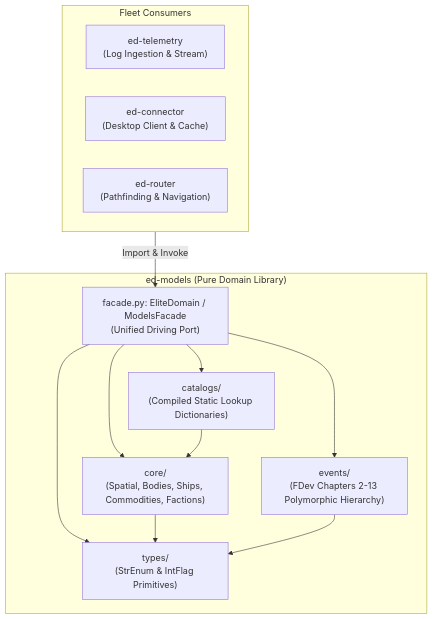
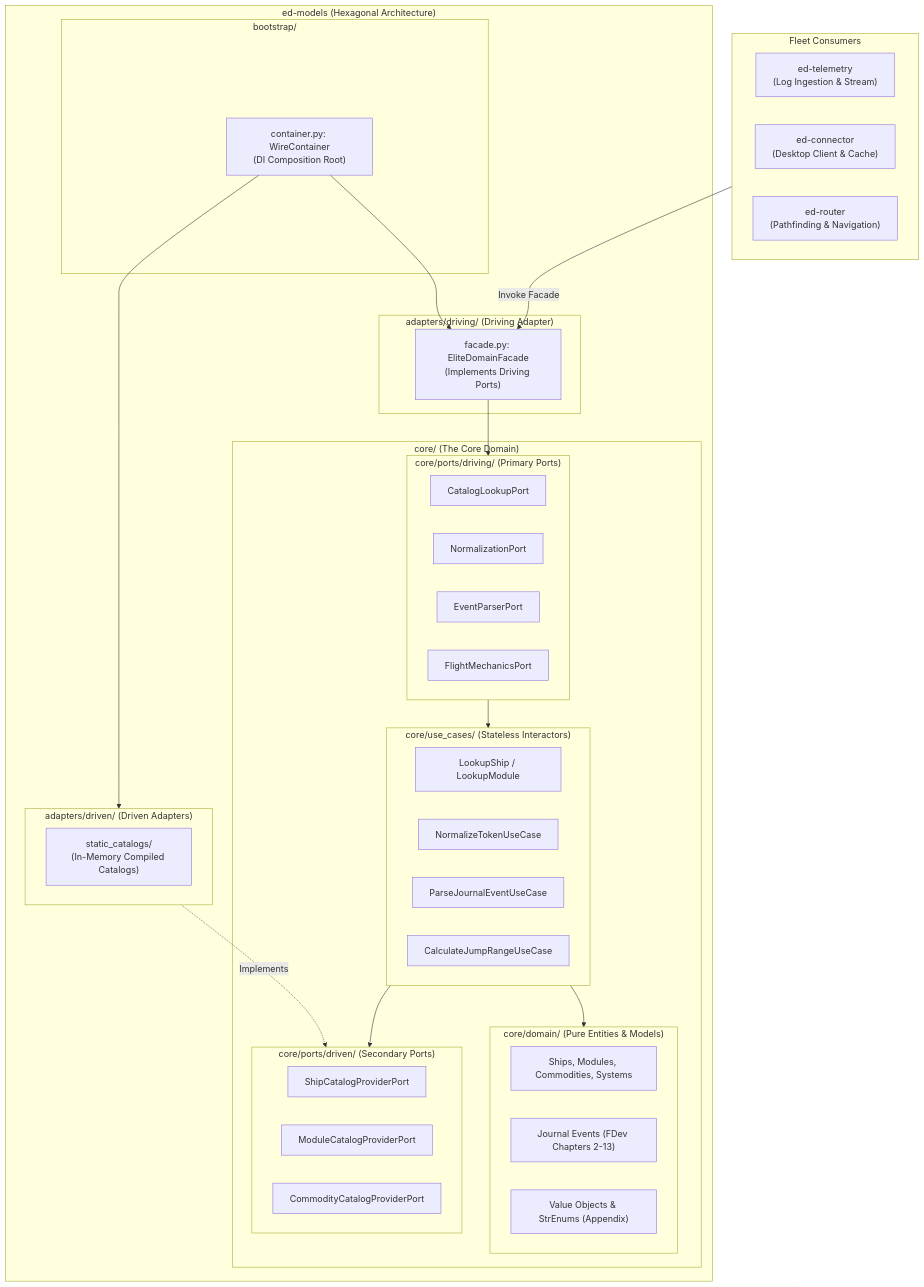
The diagram in architecture/adr/0001_ed_models_core_game_logic_and_catalog_architecture.md (mnaatjes/ed-integration-smoke), drawn with Mermaid before and after one commit. The commit also changed other lines of this file, not shown here.

Commit message:
docs(adr): align ADR 0001 with python-hexagonal-template topology and invariants

````diff
--- a/architecture/adr/0001_ed_models_core_game_logic_and_catalog_architecture.md
+++ b/architecture/adr/0001_ed_models_core_game_logic_and_catalog_architecture.md
@@ -66,28 +66,60 @@
 ```mermaid
 flowchart TD
     subgraph Consumers ["Fleet Consumers"]
         Telemetry["ed-telemetry\n(Log Ingestion & Stream)"]
         Connector["ed-connector\n(Desktop Client & Cache)"]
         Router["ed-router\n(Pathfinding & Navigation)"]
     end
 
-    subgraph EdModels ["ed-models (Pure Domain Library)"]
-        Facade["facade.py: EliteDomain / ModelsFacade\n(Unified Driving Port)"]
+    subgraph EdModels ["ed-models (Hexagonal Architecture)"]
+        subgraph DrivingAdapters ["adapters/driving/ (Driving Adapter)"]
+            Facade["facade.py: EliteDomainFacade\n(Implements Driving Ports)"]
+        end
 
-        Types["types/\n(StrEnum & IntFlag Primitives)"]
-        Core["core/\n(Spatial, Bodies, Ships, Commodities, Factions)"]
-        Catalogs["catalogs/\n(Compiled Static Lookup Dictionaries)"]
-        Events["events/\n(FDev Chapters 2-13 Polymorphic Hierarchy)"]
+        subgraph CoreHexagon ["core/ (The Core Domain)"]
+            subgraph DrivingPorts ["core/ports/driving/ (Primary Ports)"]
+                PortCatalog["CatalogLookupPort"]
+                PortNorm["NormalizationPort"]
+                PortEvent["EventParserPort"]
+                PortMech["FlightMechanicsPort"]
+            end
 
-        Facade --> Types
-        Facade --> Core
-        Facade --> Catalogs
-        Facade --> Events
+            subgraph UseCases ["core/use_cases/ (Stateless Interactors)"]
+                UCLookup["LookupShip / LookupModule"]
+                UCNorm["NormalizeTokenUseCase"]
+                UCParse["ParseJournalEventUseCase"]
+                UCJump["CalculateJumpRangeUseCase"]
+            end
 
-        Core --> Types
-        Catalogs --> Core
-        Events --> Types
+            subgraph DomainEntities ["core/domain/ (Pure Entities & Models)"]
+                Entities["Ships, Modules, Commodities, Systems"]
+                Events["Journal Events (FDev Chapters 2-13)"]
+                Types["Value Objects & StrEnums (Appendix)"]
+            end
+
+            subgraph DrivenPorts ["core/ports/driven/ (Secondary Ports)"]
+                PortShipCat["ShipCatalogProviderPort"]
+                PortModCat["ModuleCatalogProviderPort"]
+                PortCommCat["CommodityCatalogProviderPort"]
+            end
+        end
+
+        subgraph DrivenAdapters ["adapters/driven/ (Driven Adapters)"]
+            StaticCatalogs["static_catalogs/\n(In-Memory Compiled Catalogs)"]
+        end
+
+        subgraph Bootstrap ["bootstrap/"]
+            Container["container.py: WireContainer\n(DI Composition Root)"]
+        end
+
+        Facade --> DrivingPorts
+        DrivingPorts --> UseCases
+        UseCases --> DomainEntities
+        UseCases --> DrivenPorts
+        DrivenAdapters -.->|Implements| DrivenPorts
+        Container --> Facade
+        Container --> DrivenAdapters
     end
 
-    Consumers -->|Import & Invoke| Facade
+    Consumers -->|Invoke Facade| Facade
 ```
````
